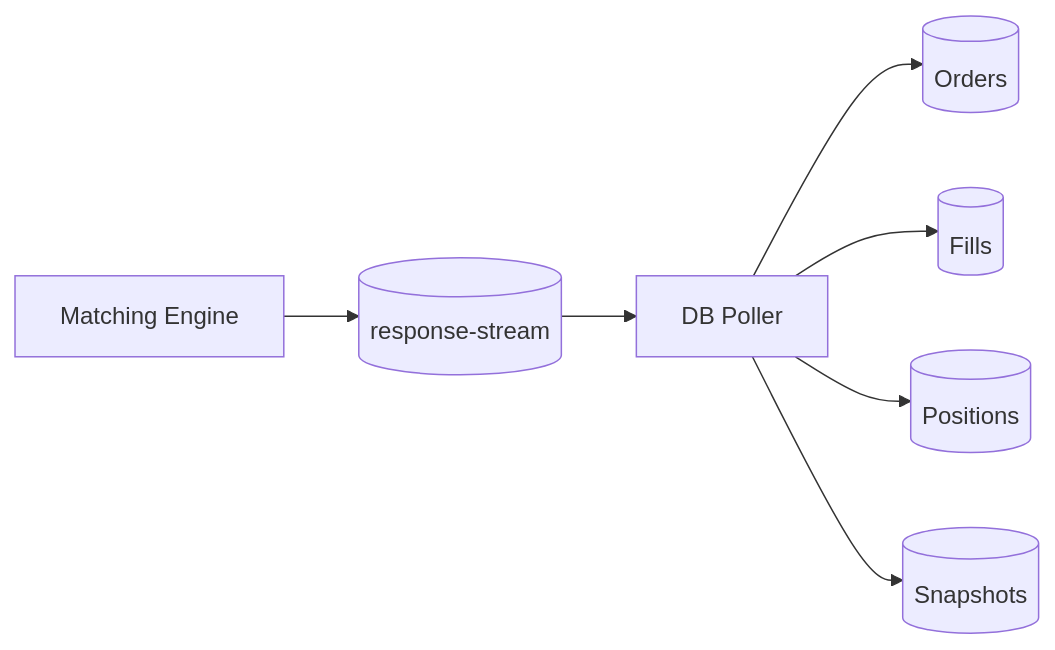
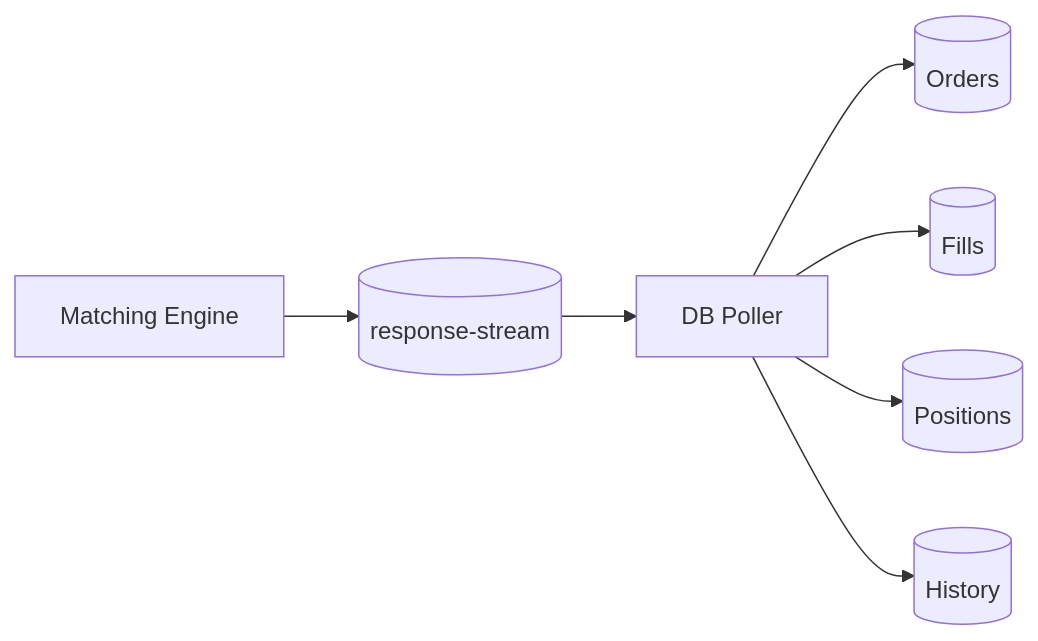
The seventh of 9 diagrams in README.md (MANI-116/PERP), drawn with Mermaid before and after one commit. The commit also changed other lines of this file, not shown here.

Commit message:
docs: redesign PerpX README as technical architecture showcase

````diff
--- a/README.md
+++ b/README.md
@@ -483,25 +288,9 @@
 ```mermaid
 flowchart LR
-
-    ENGINE["Matching Engine"]
-
-    EVENTS[("response-stream")]
-
-    PROJECTOR["DB Poller"]
-
-    ORDERS[("Orders")]
-
-    FILLS[("Fills")]
-
-    POSITIONS[("Positions")]
-
-    SNAPSHOTS[("Snapshots")]
-
-    ENGINE --> EVENTS
-    EVENTS --> PROJECTOR
-
-    PROJECTOR --> ORDERS
-    PROJECTOR --> FILLS
-    PROJECTOR --> POSITIONS
-    PROJECTOR --> SNAPSHOTS
+    E["Matching Engine"] --> S[("response-stream")]
+    S --> P["DB Poller"]
+    P --> O[("Orders")]
+    P --> F[("Fills")]
+    P --> PS[("Positions")]
+    P --> H[("History")]
 ```
````
